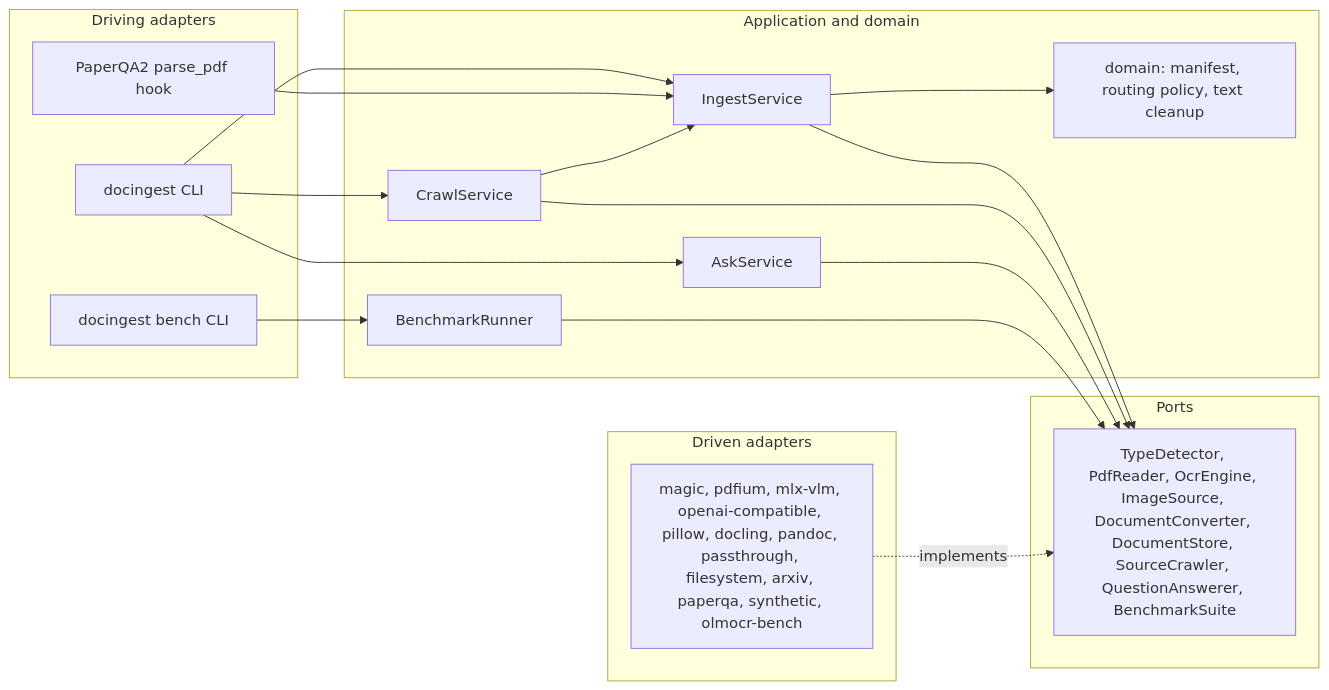
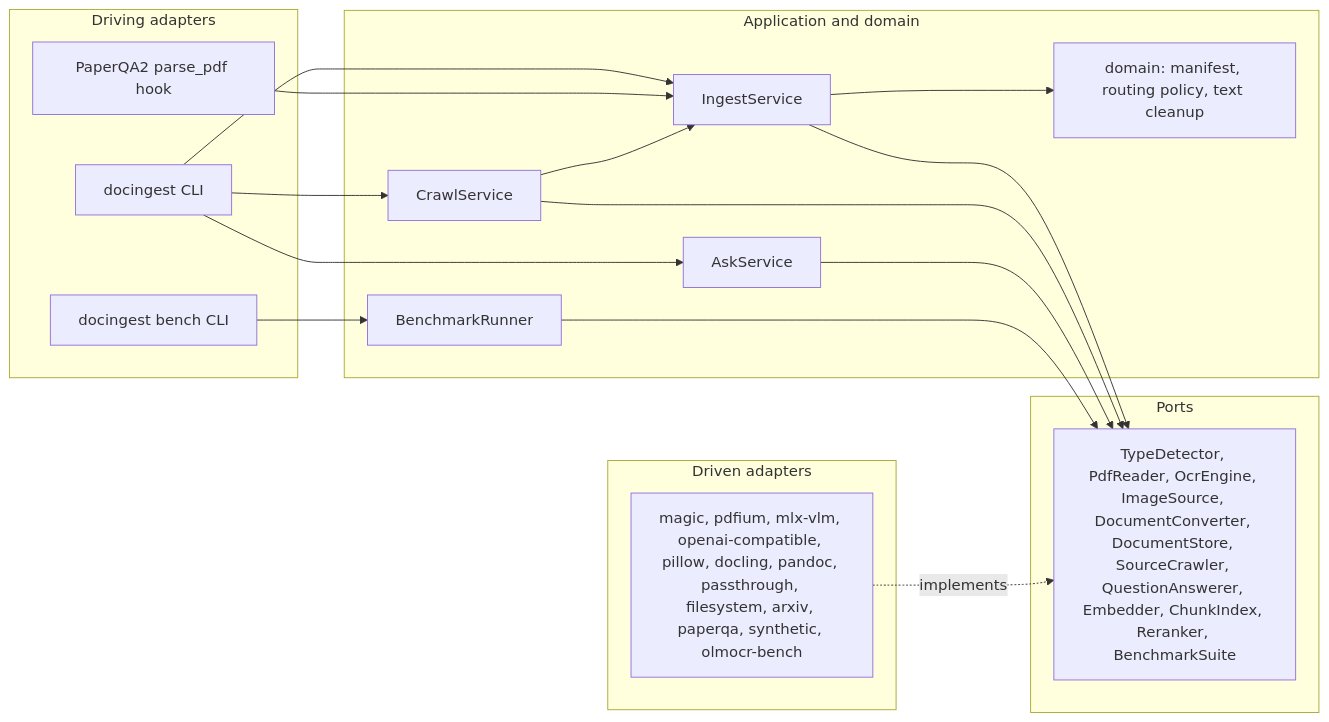
One commit to etxsA/doc-ingest changed the second of 18 diagrams in packages/docingest/docs/architecture.md. Above: the diagram before and after it, drawn with Mermaid. The commit also changed other lines of this file and 21 other files, not shown here.

First line of the commit message:
feat(ports): Embedder, ChunkIndex and Reranker with built-in none adapters

````diff
--- a/packages/docingest/docs/architecture.md
+++ b/packages/docingest/docs/architecture.md
@@ -85,33 +85,33 @@
 ```mermaid
 flowchart LR
     subgraph DRIVING["Driving adapters"]
         CLI["docingest CLI"]
         BCLI["docingest bench CLI"]
         HOOK["PaperQA2 parse_pdf hook"]
     end
     subgraph CORE["Application and domain"]
         ING["IngestService"]
         CRW["CrawlService"]
         ASK["AskService"]
         RUN["BenchmarkRunner"]
         DOM["domain: manifest, routing policy, text cleanup"]
     end
     subgraph PORTS["Ports"]
-        PP["TypeDetector, PdfReader, OcrEngine, ImageSource, DocumentConverter, DocumentStore, SourceCrawler, QuestionAnswerer, BenchmarkSuite"]
+        PP["TypeDetector, PdfReader, OcrEngine, ImageSource, DocumentConverter, DocumentStore, SourceCrawler, QuestionAnswerer, Embedder, ChunkIndex, Reranker, BenchmarkSuite"]
     end
     subgraph DRIVEN["Driven adapters"]
         IMPL["magic, pdfium, mlx-vlm, openai-compatible, pillow, docling, pandoc, passthrough, filesystem, arxiv, paperqa, synthetic, olmocr-bench"]
     end
     CLI --> ING
     CLI --> CRW
     CLI --> ASK
     HOOK --> ING
     BCLI --> RUN
     ING --> DOM
     CRW --> ING
     ING --> PP
     CRW --> PP
     ASK --> PP
     RUN --> PP
     IMPL -.->|"implements"| PP
 ```
````
